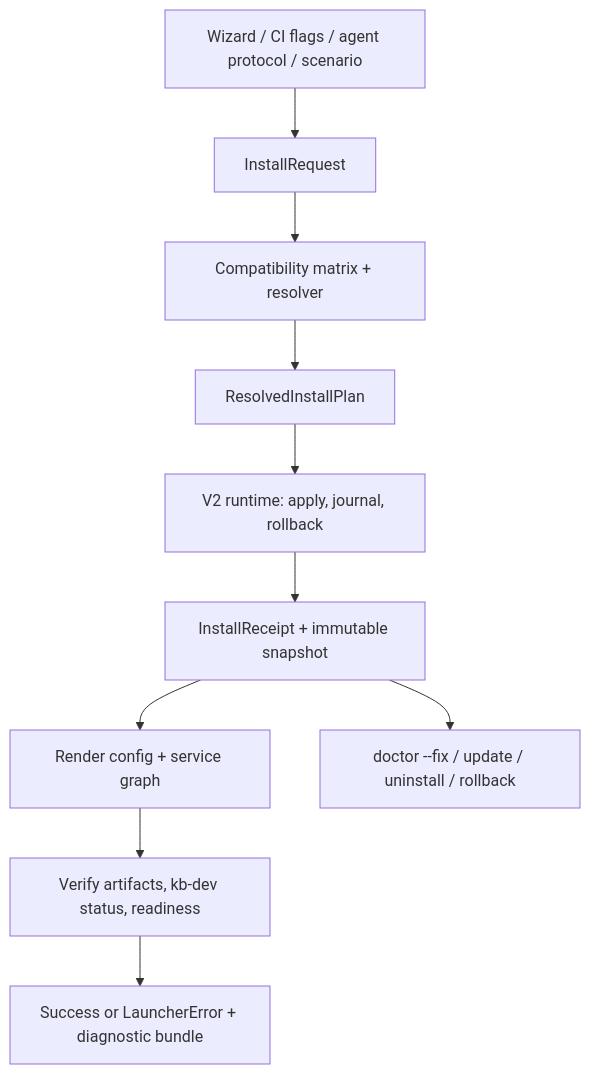
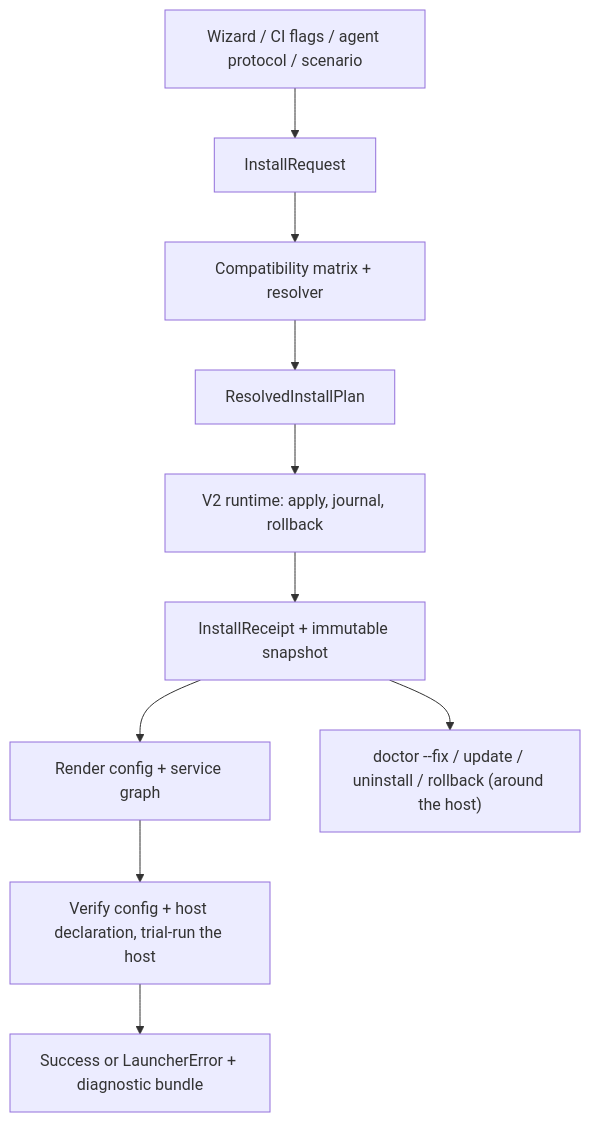
One commit to kb-labs-team/kb-labs changed the diagram in tools/kb-create/README.md. Above: the diagram before and after it, drawn with Mermaid. The commit also changed other lines of this file and 60 other files, not shown here.

First line of the commit message:
feat(kb-create): host-only launcher with update, rollback and repair around the host

````diff
--- a/tools/kb-create/README.md
+++ b/tools/kb-create/README.md
@@ -137,12 +195,12 @@
 ```mermaid
 flowchart TD
   A["Wizard / CI flags / agent protocol / scenario"] --> B["InstallRequest"]
   B --> C["Compatibility matrix + resolver"]
   C --> D["ResolvedInstallPlan"]
   D --> E["V2 runtime: apply, journal, rollback"]
   E --> F["InstallReceipt + immutable snapshot"]
   F --> G["Render config + service graph"]
-  G --> H["Verify artifacts, kb-dev status, readiness"]
+  G --> H["Verify config + host declaration, trial-run the host"]
   H --> I["Success or LauncherError + diagnostic bundle"]
-  F --> J["doctor --fix / update / uninstall / rollback"]
+  F --> J["doctor --fix / update / uninstall / rollback (around the host)"]
 ```
````
